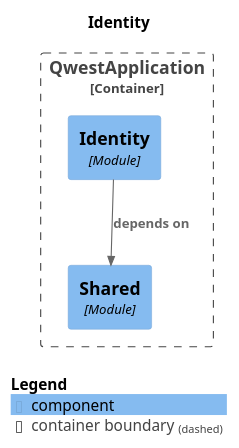
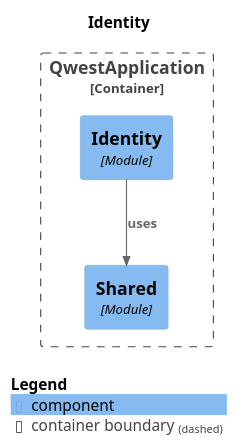
One commit to jgarivera/qwest changed the diagram in docs/modules/module-identity.puml. Above: the diagram before and after it, drawn with PlantUML. The commit also changed 3 other files, not shown here.

```diff
--- a/docs/modules/module-identity.puml
+++ b/docs/modules/module-identity.puml
@@ -1,19 +1,19 @@
 @startuml
 set separator none
 title Identity
 
 top to bottom direction
 
 !include <C4/C4>
 !include <C4/C4_Context>
 !include <C4/C4_Component>
 
 Container_Boundary("QwestApplication.QwestApplication_boundary", "QwestApplication", $tags="") {
   Component(QwestApplication.QwestApplication.Shared, "Shared", $techn="Module", $descr="", $tags="", $link="")
   Component(QwestApplication.QwestApplication.Identity, "Identity", $techn="Module", $descr="", $tags="", $link="")
 }
 
-Rel(QwestApplication.QwestApplication.Identity, QwestApplication.QwestApplication.Shared, "depends on", $techn="", $tags="", $link="")
+Rel(QwestApplication.QwestApplication.Identity, QwestApplication.QwestApplication.Shared, "uses", $techn="", $tags="", $link="")
 
 SHOW_LEGEND(true)
 @enduml
```
